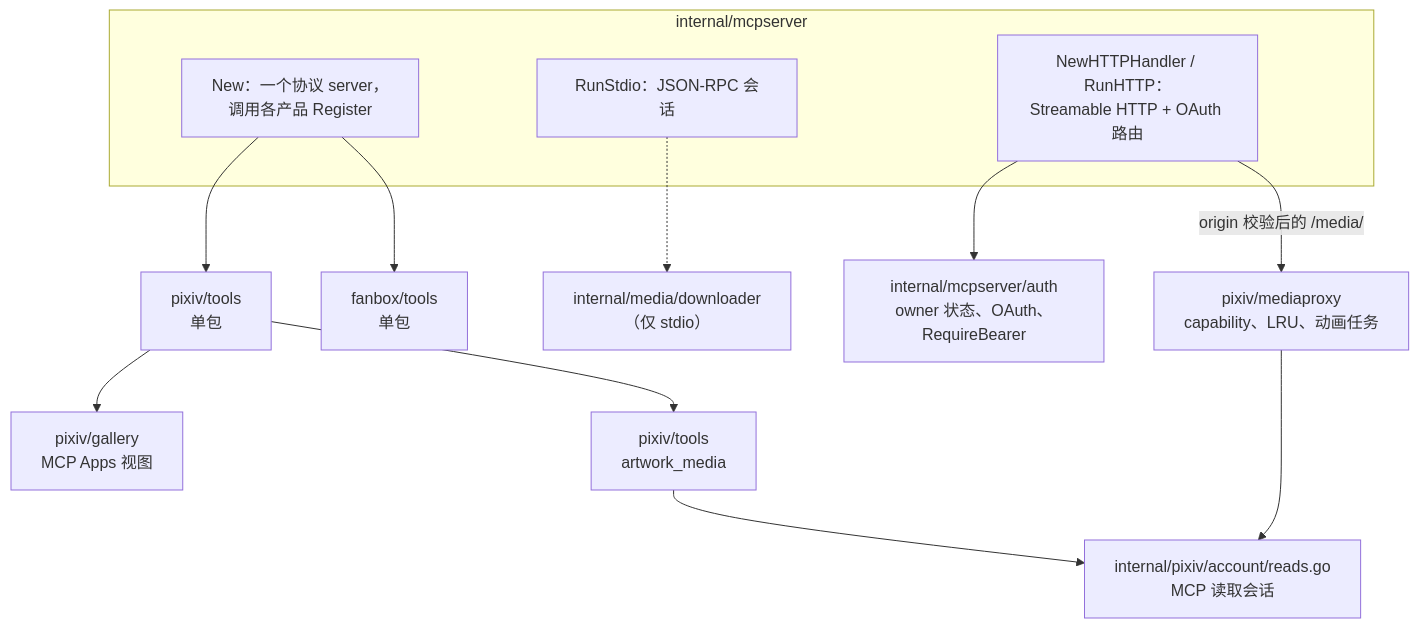
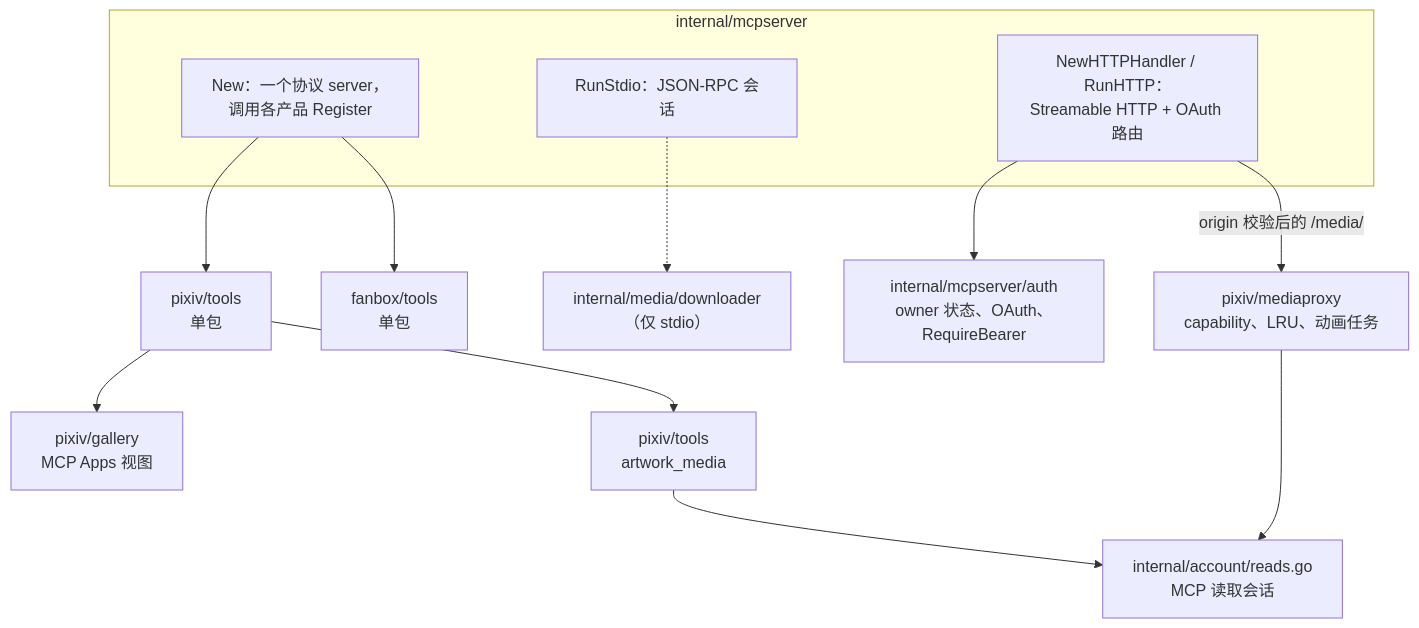
The first of 2 diagrams in docs/zh-CN/maintainers/architecture-mcp.md (FlanChanXwO/pixiv-cli), drawn with Mermaid before and after one commit. The commit also changed other lines of this file and 91 other files, not shown here.

````diff
--- a/docs/zh-CN/maintainers/architecture-mcp.md
+++ b/docs/zh-CN/maintainers/architecture-mcp.md
@@ -7,22 +7,22 @@
 ```mermaid
 flowchart TB
     subgraph root["internal/mcpserver"]
         NEW["New：一个协议 server，<br/>调用各产品 Register"]
         STDIO["RunStdio：JSON-RPC 会话"]
         HTTP["NewHTTPHandler / RunHTTP：<br/>Streamable HTTP + OAuth 路由"]
     end
     AUTH["internal/mcpserver/auth<br/>owner 状态、OAuth、RequireBearer"]
     PX["pixiv/tools<br/>单包"]
     FB["fanbox/tools<br/>单包"]
     GAL["pixiv/gallery<br/>MCP Apps 视图"]
     MP["pixiv/mediaproxy<br/>capability、LRU、动画任务"]
     AM["pixiv/tools<br/>artwork_media"]
-    RS["internal/pixiv/account/reads.go<br/>MCP 读取会话"]
+    RS["internal/account/reads.go<br/>MCP 读取会话"]
     DL["internal/media/downloader<br/>（仅 stdio）"]
     NEW --> PX & FB
     HTTP --> AUTH
     HTTP -->|"origin 校验后的 /media/"| MP
     PX --> GAL & AM
     AM & MP --> RS
     STDIO -.-> DL
 ```
````
